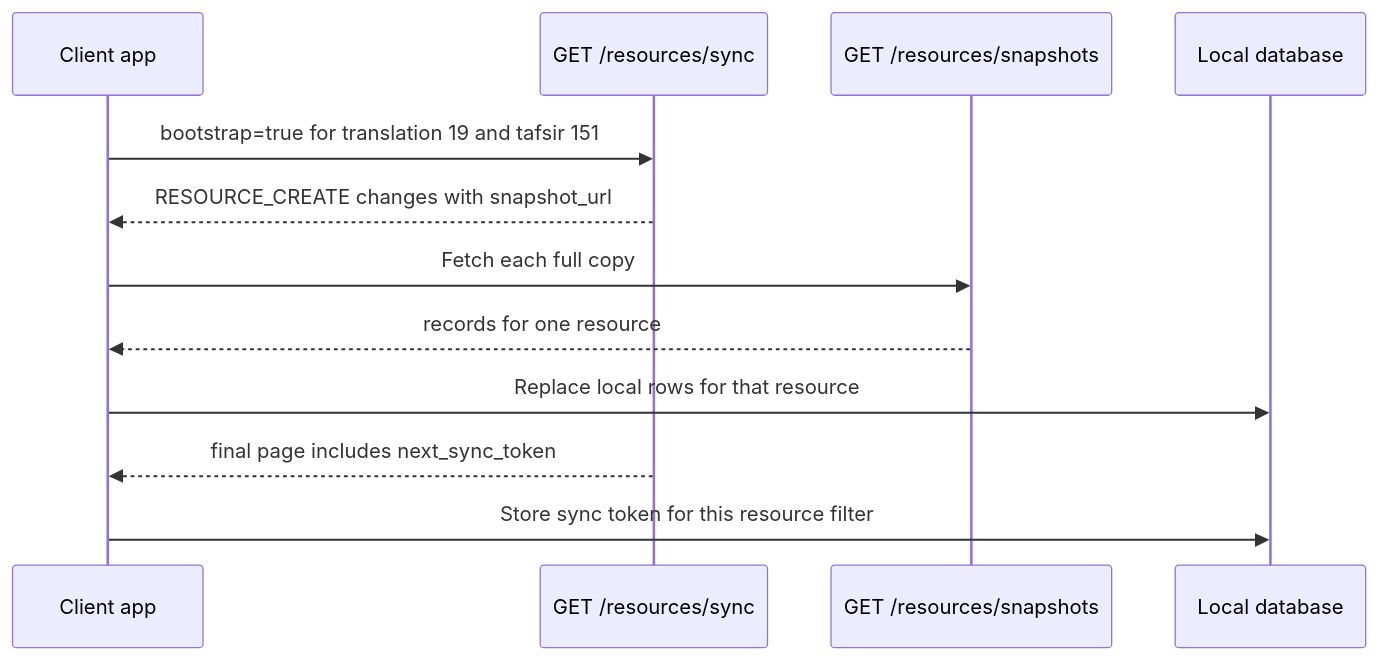
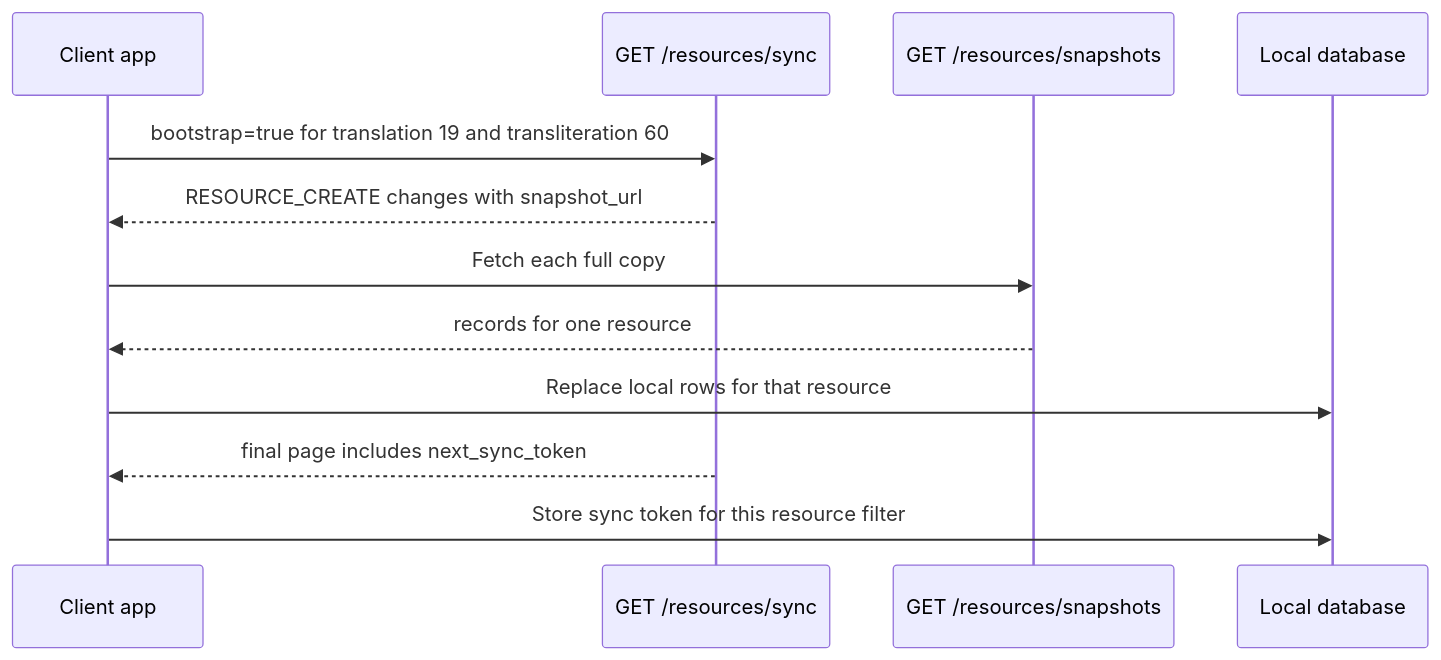
One commit to quran/qf-api-docs changed the first of 2 diagrams in docs/tutorials/content-sync/getting-started.mdx. Above: the diagram before and after it, drawn with Mermaid. The commit also changed other lines of this file and 12 other files, not shown here.

````diff
--- a/docs/tutorials/content-sync/getting-started.mdx
+++ b/docs/tutorials/content-sync/getting-started.mdx
@@ -75,15 +84,15 @@
 ```mermaid
 sequenceDiagram
     participant App as Client app
     participant Sync as GET /resources/sync
     participant Snapshot as GET /resources/snapshots
     participant DB as Local database
 
-    App->>Sync: bootstrap=true for translation 19 and tafsir 151
+    App->>Sync: bootstrap=true for translation 19 and transliteration 60
     Sync-->>App: RESOURCE_CREATE changes with snapshot_url
     App->>Snapshot: Fetch each full copy
     Snapshot-->>App: records for one resource
     App->>DB: Replace local rows for that resource
     Sync-->>App: final page includes next_sync_token
     App->>DB: Store sync token for this resource filter
 ```
````
